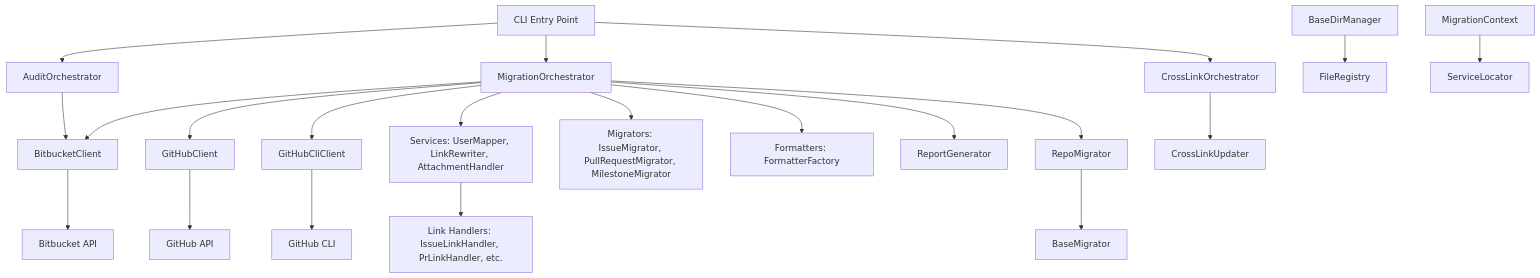
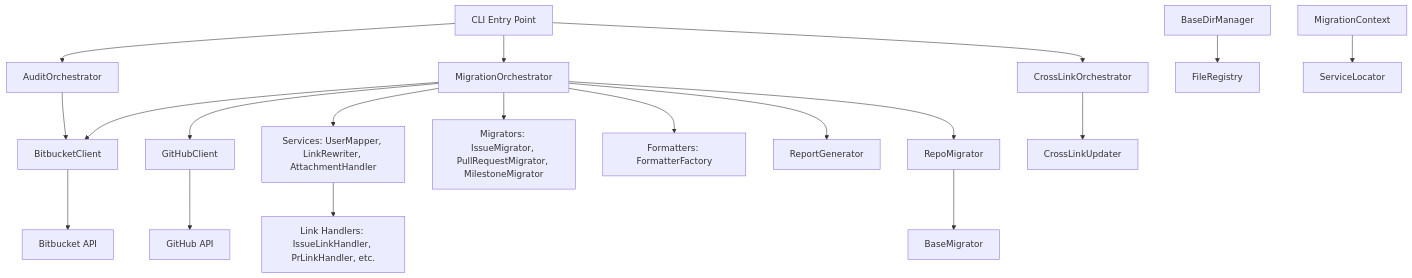
One commit to fkloosterman/bitbucket-migration changed the diagram in docs/reference/architecture.md. Above: the diagram before and after it, drawn with Mermaid. The commit also changed other lines of this file and 29 other files, not shown here.

Commit message:
Remove GitHub CLI support (no benefit). Fix test failures.

````diff
--- a/docs/reference/architecture.md
+++ b/docs/reference/architecture.md
@@ -24,23 +24,21 @@
 ```mermaid
 graph TD
      A[CLI Entry Point] --> B[AuditOrchestrator]
      A --> C[MigrationOrchestrator]
      A --> N[CrossLinkOrchestrator]
      B --> D[BitbucketClient]
      C --> D
      C --> E[GitHubClient]
-     C --> F[GitHubCliClient]
      C --> G[Services: UserMapper, LinkRewriter, AttachmentHandler]
      C --> H[Migrators: IssueMigrator, PullRequestMigrator, MilestoneMigrator]
      C --> I[Formatters: FormatterFactory]
      C --> J[ReportGenerator]
      C --> O[RepoMigrator]
      N --> P[CrossLinkUpdater]
      O --> Q[BaseMigrator]
      G --> R[Link Handlers: IssueLinkHandler, PrLinkHandler, etc.]
      D --> K[Bitbucket API]
      E --> L[GitHub API]
-     F --> M[GitHub CLI]
      S[BaseDirManager] --> T[FileRegistry]
      U[MigrationContext] --> V[ServiceLocator]
 ```
````
